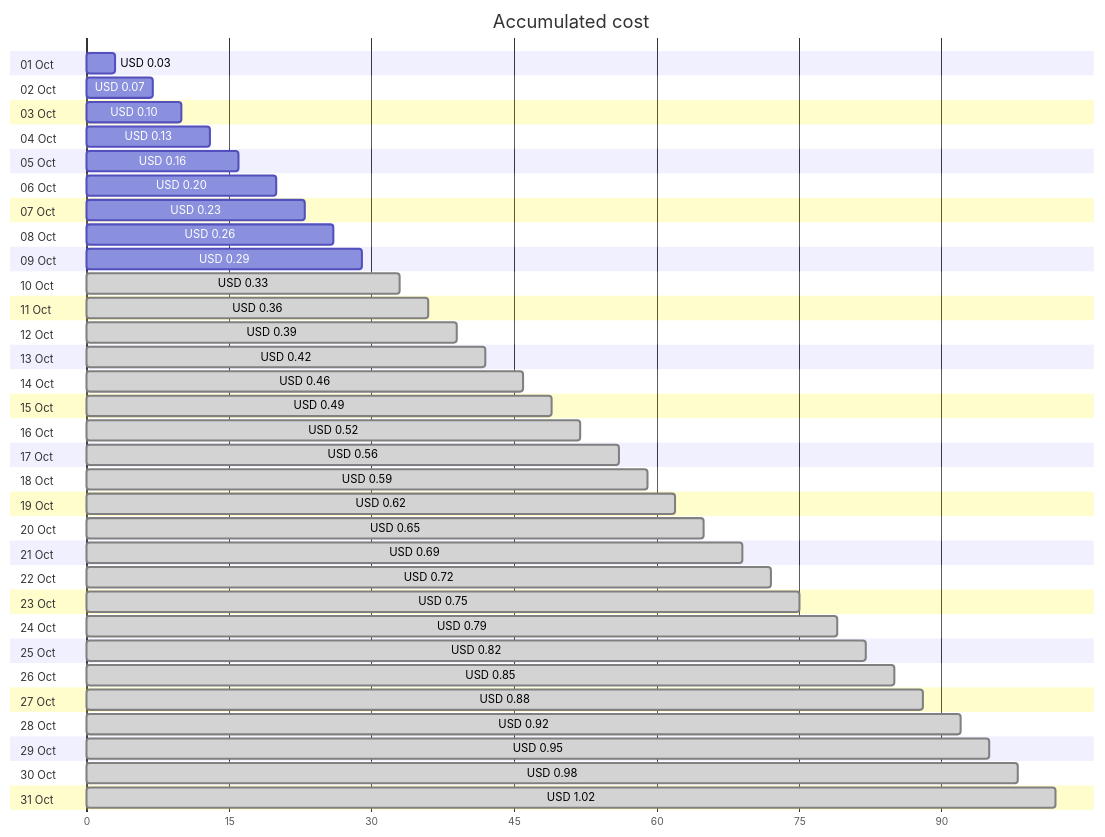
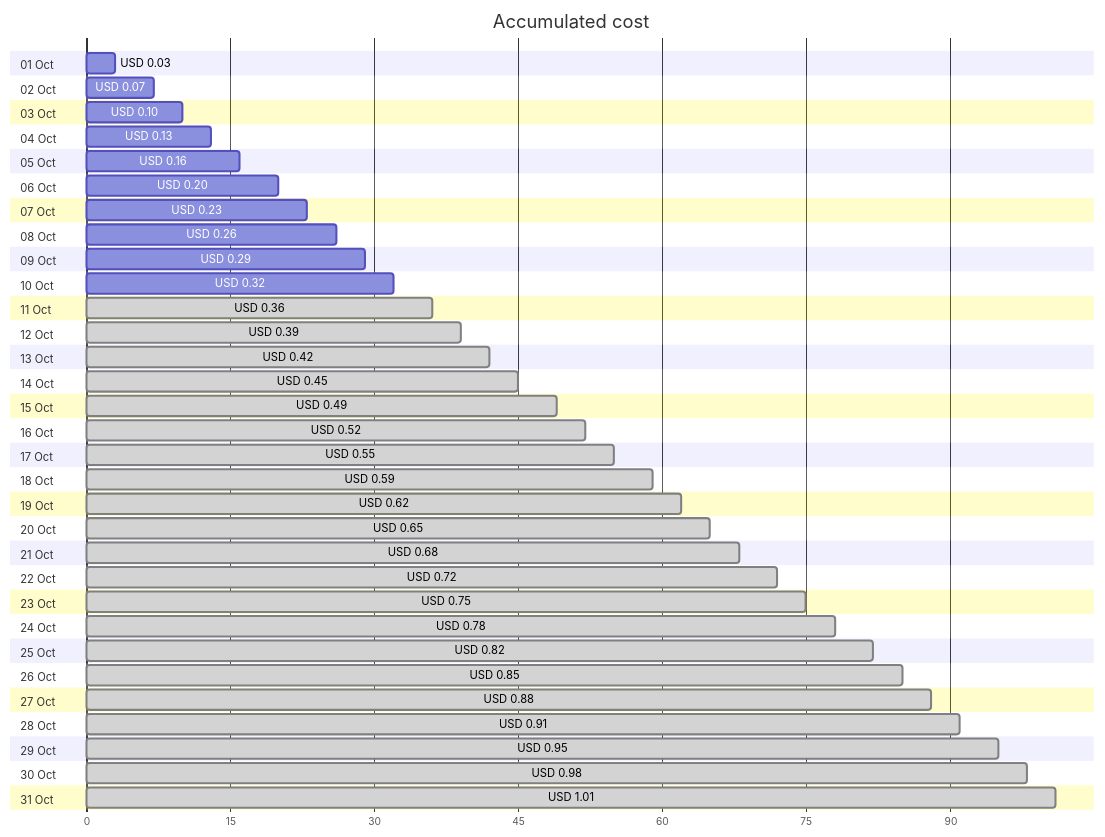
One commit to jpfulton/azure-personal-reports changed the first of 4 diagrams in cost-reports/personal-dns/README.md. Above: the diagram before and after it, drawn with Mermaid. The commit also changed other lines of this file and 2 other files, not shown here.

````diff
--- a/cost-reports/personal-dns/README.md
+++ b/cost-reports/personal-dns/README.md
@@ -20,68 +20,68 @@
 ```mermaid
 gantt
    title Accumulated cost
    dateFormat  X
    axisFormat %s
    section 01 Oct
    USD 0.03 :0, 3
    section 02 Oct
    USD 0.07 :0, 7
    section 03 Oct
    USD 0.10 :0, 10
    section 04 Oct
    USD 0.13 :0, 13
    section 05 Oct
    USD 0.16 :0, 16
    section 06 Oct
    USD 0.20 :0, 20
    section 07 Oct
    USD 0.23 :0, 23
    section 08 Oct
    USD 0.26 :0, 26
    section 09 Oct
    USD 0.29 :0, 29
    section 10 Oct
-   USD 0.33 : done, 0, 33
+   USD 0.32 :0, 32
    section 11 Oct
    USD 0.36 : done, 0, 36
    section 12 Oct
    USD 0.39 : done, 0, 39
    section 13 Oct
    USD 0.42 : done, 0, 42
    section 14 Oct
-   USD 0.46 : done, 0, 46
+   USD 0.45 : done, 0, 45
    section 15 Oct
    USD 0.49 : done, 0, 49
    section 16 Oct
    USD 0.52 : done, 0, 52
    section 17 Oct
-   USD 0.56 : done, 0, 56
+   USD 0.55 : done, 0, 55
    section 18 Oct
    USD 0.59 : done, 0, 59
    section 19 Oct
    USD 0.62 : done, 0, 62
    section 20 Oct
    USD 0.65 : done, 0, 65
    section 21 Oct
-   USD 0.69 : done, 0, 69
+   USD 0.68 : done, 0, 68
    section 22 Oct
    USD 0.72 : done, 0, 72
    section 23 Oct
    USD 0.75 : done, 0, 75
    section 24 Oct
-   USD 0.79 : done, 0, 79
+   USD 0.78 : done, 0, 78
    section 25 Oct
    USD 0.82 : done, 0, 82
    section 26 Oct
    USD 0.85 : done, 0, 85
    section 27 Oct
    USD 0.88 : done, 0, 88
    section 28 Oct
-   USD 0.92 : done, 0, 92
+   USD 0.91 : done, 0, 91
    section 29 Oct
    USD 0.95 : done, 0, 95
    section 30 Oct
    USD 0.98 : done, 0, 98
    section 31 Oct
-   USD 1.02 : done, 0, 102
+   USD 1.01 : done, 0, 101
 ```
````
